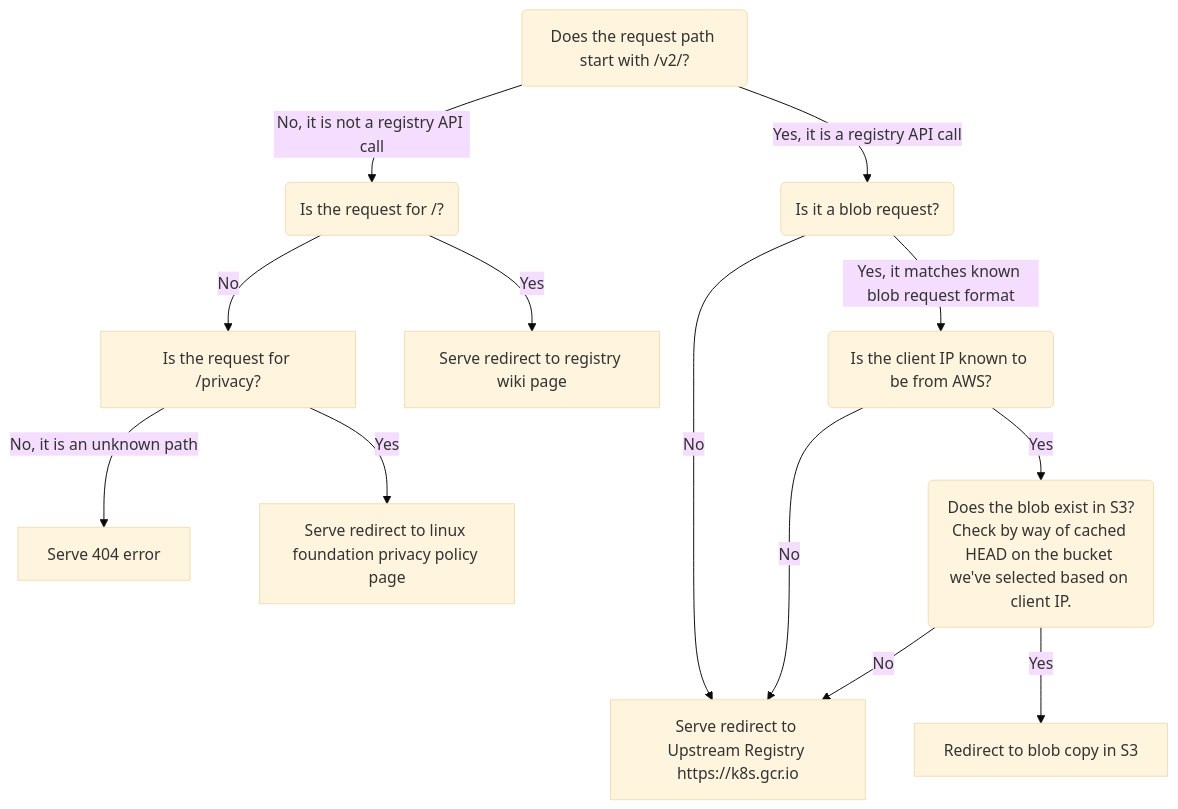
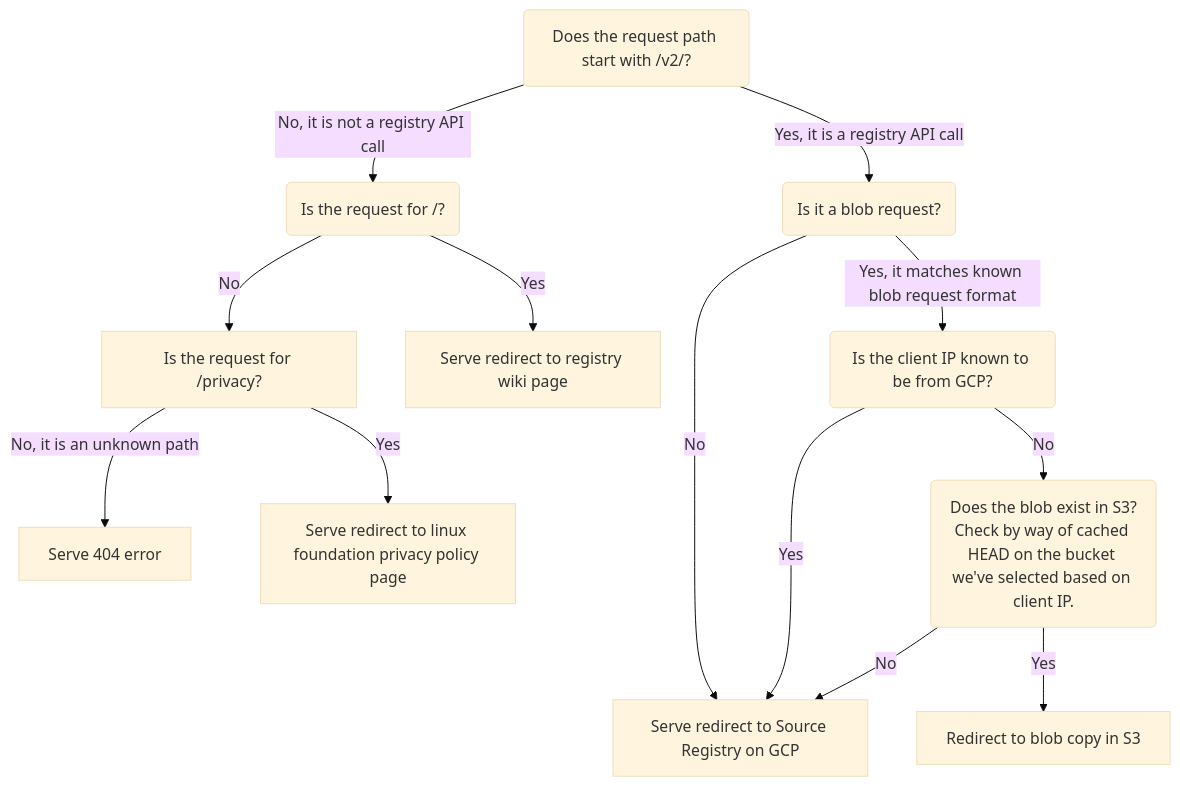
Before and after one commit to kubernetes/registry.k8s.io: the diagram in cmd/archeio/docs/request-handling.md, drawn with Mermaid (base theme). The commit also changed other lines of this file and 1 other file, not shown here.

Commit message:
default to AWS if available unless client is in GCP

````diff
--- a/cmd/archeio/docs/request-handling.md
+++ b/cmd/archeio/docs/request-handling.md
@@ -18,16 +18,16 @@
 ```mermaid
 flowchart TD
 
 A(Does the request path start with /v2/?) -->|No, it is not a registry API call| B(Is the request for /?)
 B -->|No| D[Is the request for /privacy?]
 D -->|No, it is an unknown path| C[Serve 404 error]
 D -->|Yes| K[Serve redirect to linux foundation privacy policy page]
 B -->|Yes| E[Serve redirect to registry wiki page]
 A -->|Yes, it is a registry API call| F(Is it a blob request?)
-F -->|No| G[Serve redirect to Upstream Registry https://k8s.gcr.io]
-F -->|Yes, it matches known blob request format| H(Is the client IP known to be from AWS?)
-H -->|No| G
-H -->|Yes| I(Does the blob exist in S3?<br/>Check by way of cached HEAD on the bucket we've selected based on client IP.)
+F -->|No| G[Serve redirect to Source Registry on GCP]
+F -->|Yes, it matches known blob request format| H(Is the client IP known to be from GCP?)
+H -->|Yes| G
+H -->|No| I(Does the blob exist in S3?<br/>Check by way of cached HEAD on the bucket we've selected based on client IP.)
 I -->|No| G
 I -->|Yes| J[Redirect to blob copy in S3]
 ```
````
